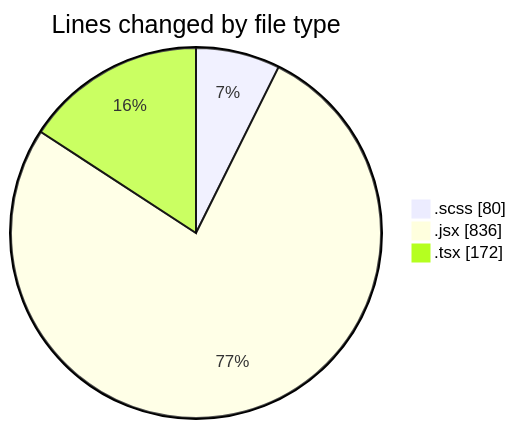
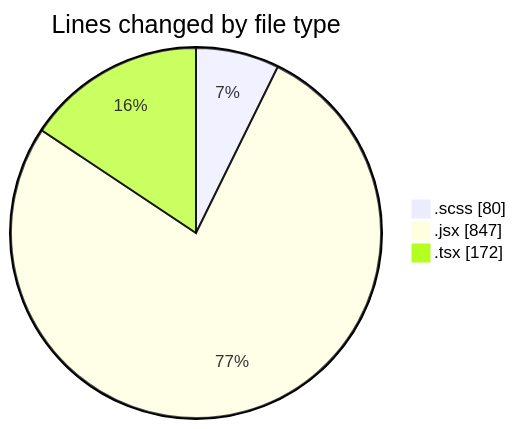
The first of 2 diagrams in 2025-06-03/cda/README.md (momahboobian/code-tracking), drawn with Mermaid before and after one commit. The commit also changed other lines of this file and 1 other file, not shown here.

````diff
--- a/2025-06-03/cda/README.md
+++ b/2025-06-03/cda/README.md
@@ -23,7 +23,7 @@
 ```mermaid
 pie showData
 title Lines changed by file type
 ".scss" : 80
-".jsx" : 836
+".jsx" : 847
 ".tsx" : 172
 ```
````
